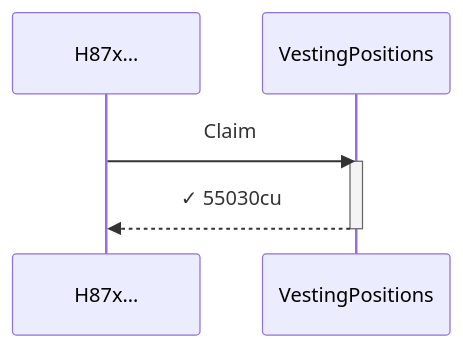
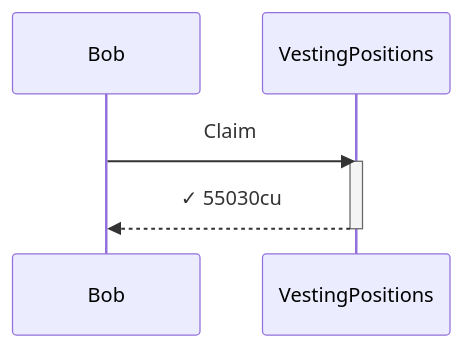
Diagram 13 of 18 in babelfish-tests/test-report/scenario_2_two_users_transfer_and_bob_claims_both.md (cds-turbin3/vesting-position), drawn with Mermaid before and after one commit. The commit also changed other lines of this file and 104 other files, not shown here.

````diff
--- a/babelfish-tests/test-report/scenario_2_two_users_transfer_and_bob_claims_both.md
+++ b/babelfish-tests/test-report/scenario_2_two_users_transfer_and_bob_claims_both.md
@@ -610,9 +609,9 @@
 ```mermaid
 sequenceDiagram
-    participant p0 as H87x…
+    participant p0 as Bob
     participant p1 as VestingPositions
     p0->>p1: Claim
     activate p1
     p1-->>p0: ✓ 55030cu
     deactivate p1
 ```
````
